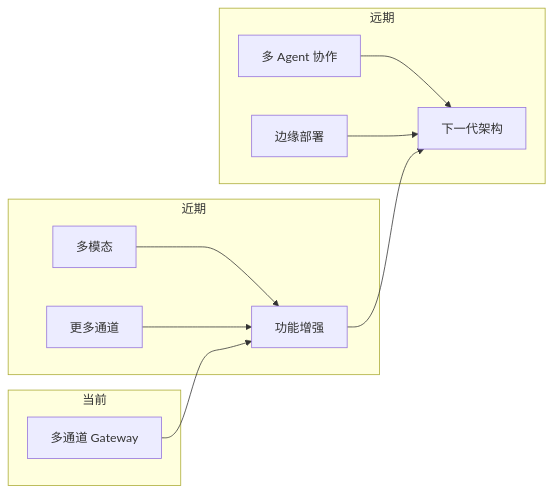
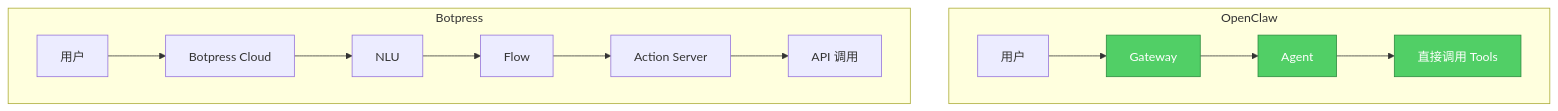
One commit to FreezeSoul/freezesoul.github.com changed diagram 11 of 12 in _posts/2026-03-01-openclaw-agent-gateway.md. Above: the diagram before and after it, drawn with Mermaid. The commit also changed other lines of this file, not shown here.

Commit message:
feat: 重写 OpenClaw 架构解析文章（技术深度版）

````diff
--- a/_posts/2026-03-01-openclaw-agent-gateway.md
+++ b/_posts/2026-03-01-openclaw-agent-gateway.md
@@ -408,19 +478,20 @@
 ```mermaid
-graph LR
-    subgraph 当前
-        C[多通道 Gateway]
+graph TD
+    subgraph OpenClaw
+        A1[用户] --> A2[Gateway]
+        A2 --> A3[Agent]
+        A3 --> A4[直接调用 Tools]
     end
     
-    subgraph 近期
-        A1[多模态] --> F[功能增强]
-        A2[更多通道] --> F
+    subgraph Botpress
+        B1[用户] --> B2[Botpress Cloud]
+        B2 --> B3[NLU]
+        B3 --> B4[Flow]
+        B4 --> B5[Action Server]
+        B5 --> B6[API 调用]
     end
     
-    subgraph 远期
-        B1[多 Agent 协作] --> N[下一代架构]
-        B2[边缘部署] --> N
-    end
-    
-    C --> F
-    F --> N
+    style A2 fill:#51cf66,stroke:#2b8a3e,color:#fff
+    style A3 fill:#51cf66,stroke:#2b8a3e,color:#fff
+    style A4 fill:#51cf66,stroke:#2b8a3e,color:#fff
 ```
````
